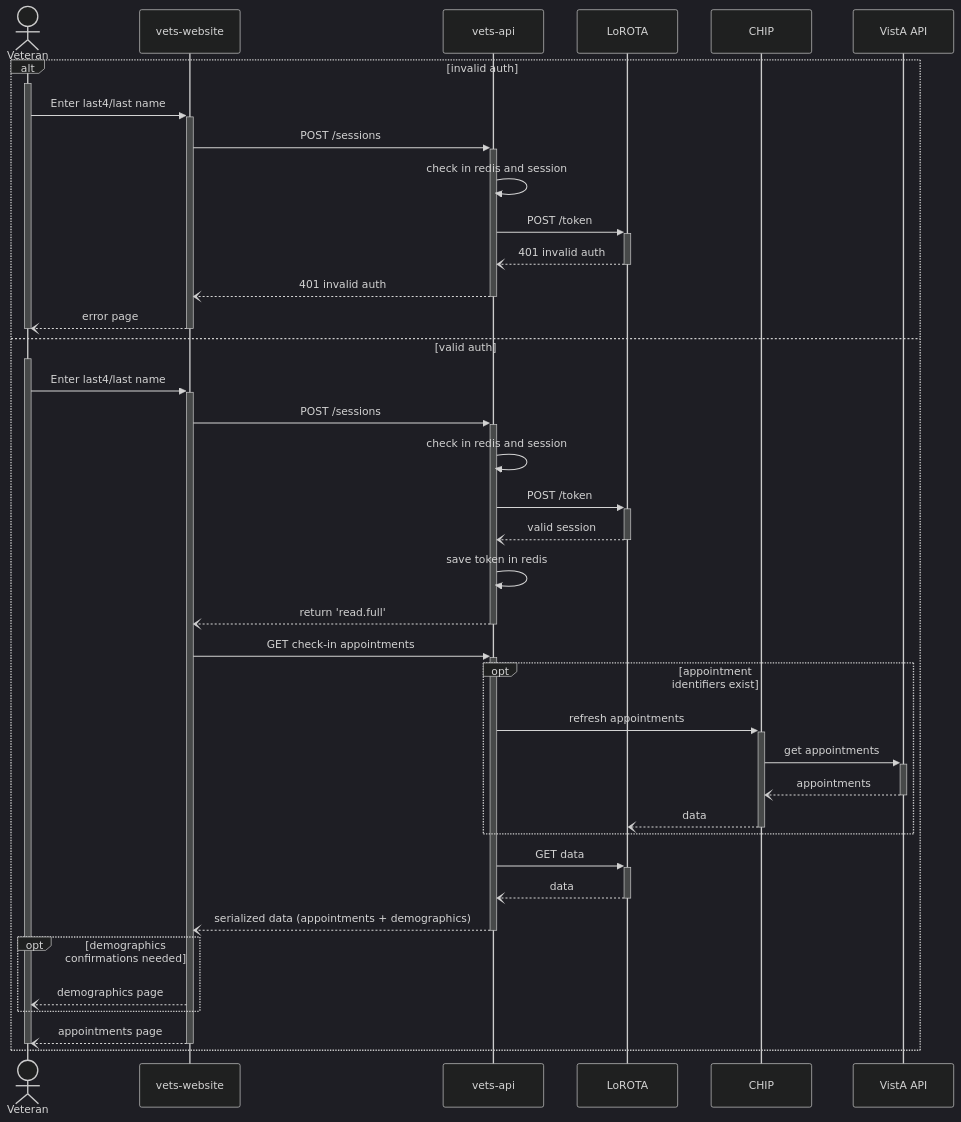
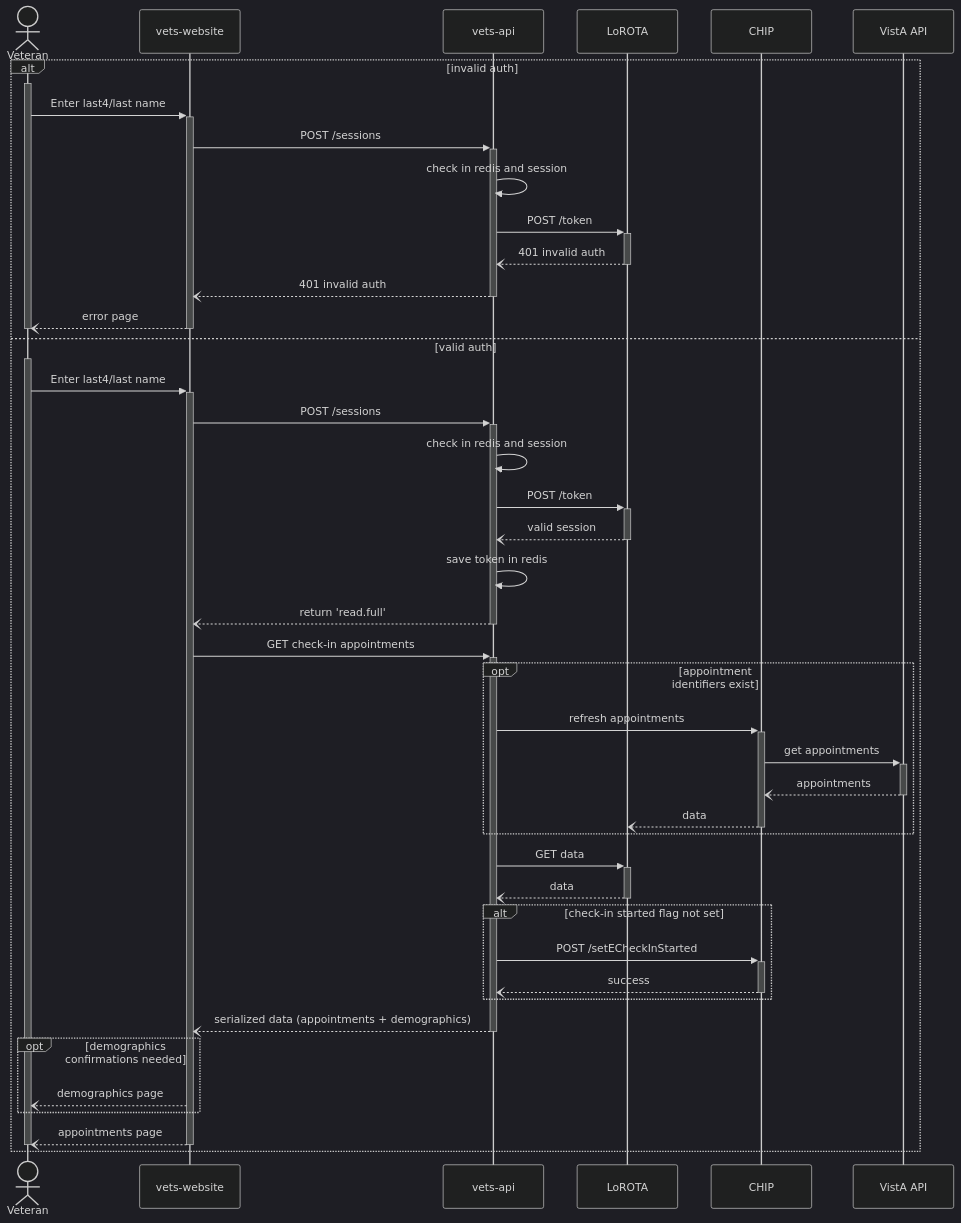
Before and after one commit to department-of-veterans-affairs/va.gov-team: the third of 4 diagrams in products/health-care/checkin/engineering/architecture-diagrams/sequenceDiagram_checkInExp.md, drawn with Mermaid (dark theme). The commit also changed other lines of this file, not shown here.

````diff
--- a/products/health-care/checkin/engineering/architecture-diagrams/sequenceDiagram_checkInExp.md
+++ b/products/health-care/checkin/engineering/architecture-diagrams/sequenceDiagram_checkInExp.md
@@ -77,46 +88,50 @@
 ```mermaid
 sequenceDiagram
     actor vet as Veteran
     participant web as vets-website
     participant api as vets-api
     participant l as LoROTA
     participant c as CHIP
     participant va as VistA API
 
     alt invalid auth
         activate vet
         vet->>+web: Enter last4/last name
         web->>+api: POST /sessions
         api->>api: check in redis and session
         api->>+l: POST /token
         l--)-api: 401 invalid auth
         api--)-web: 401 invalid auth
         web--)-vet: error page
         deactivate vet
     else valid auth
         activate vet
         vet->>+web: Enter last4/last name
         web->>+api: POST /sessions
         api->>api: check in redis and session
         api->>+l: POST /token
         l--)-api: valid session
         api->>api: save token in redis
         api--)web: return 'read.full'
         deactivate api
         web->>+api: GET check-in appointments
         opt appointment identifiers exist
             api->>+c: refresh appointments
             c->>+va: get appointments
             va--)-c: appointments
             c--)-l: data
         end
         api->>+l: GET data
         l--)-api: data
+        alt check-in started flag not set
+            api->>+c: POST /setECheckInStarted
+            c--)-api: success
+        end
         api--)-web: serialized data (appointments + demographics)
         opt demographics confirmations needed
             web--)vet: demographics page
         end
         web--)-vet: appointments page
         deactivate vet
     end
 ```
````
